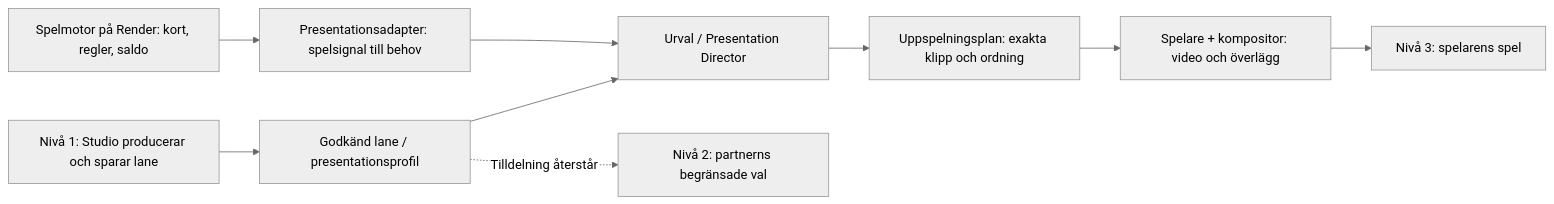
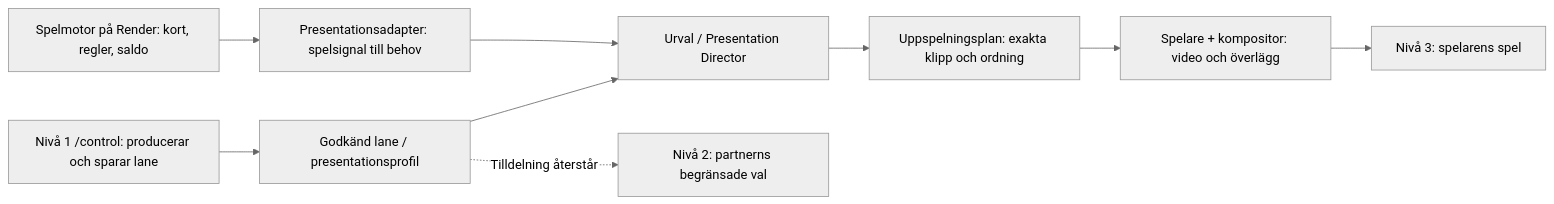
One commit to Jakeminator123/scoutgaming changed the diagram in docs/LOCAL-PRESENTATION-RUNTIME.md. Above: the diagram before and after it, drawn with Mermaid (neutral theme). The commit also changed other lines of this file and 48 other files, not shown here.

````diff
--- a/docs/LOCAL-PRESENTATION-RUNTIME.md
+++ b/docs/LOCAL-PRESENTATION-RUNTIME.md
@@ -44,11 +47,11 @@
 ```mermaid
 flowchart LR
-  C["Nivå 1: Studio producerar och sparar lane"] --> L["Godkänd lane / presentationsprofil"]
+  C["Nivå 1 /control: producerar och sparar lane"] --> L["Godkänd lane / presentationsprofil"]
   G["Spelmotor på Render: kort, regler, saldo"] --> A["Presentationsadapter: spelsignal till behov"]
   A --> D["Urval / Presentation Director"]
   L --> D
   D --> P["Uppspelningsplan: exakta klipp och ordning"]
   P --> V["Spelare + kompositor: video och överlägg"]
   V --> U["Nivå 3: spelarens spel"]
   L -. "Tilldelning återstår" .-> O["Nivå 2: partnerns begränsade val"]
 ```
````
